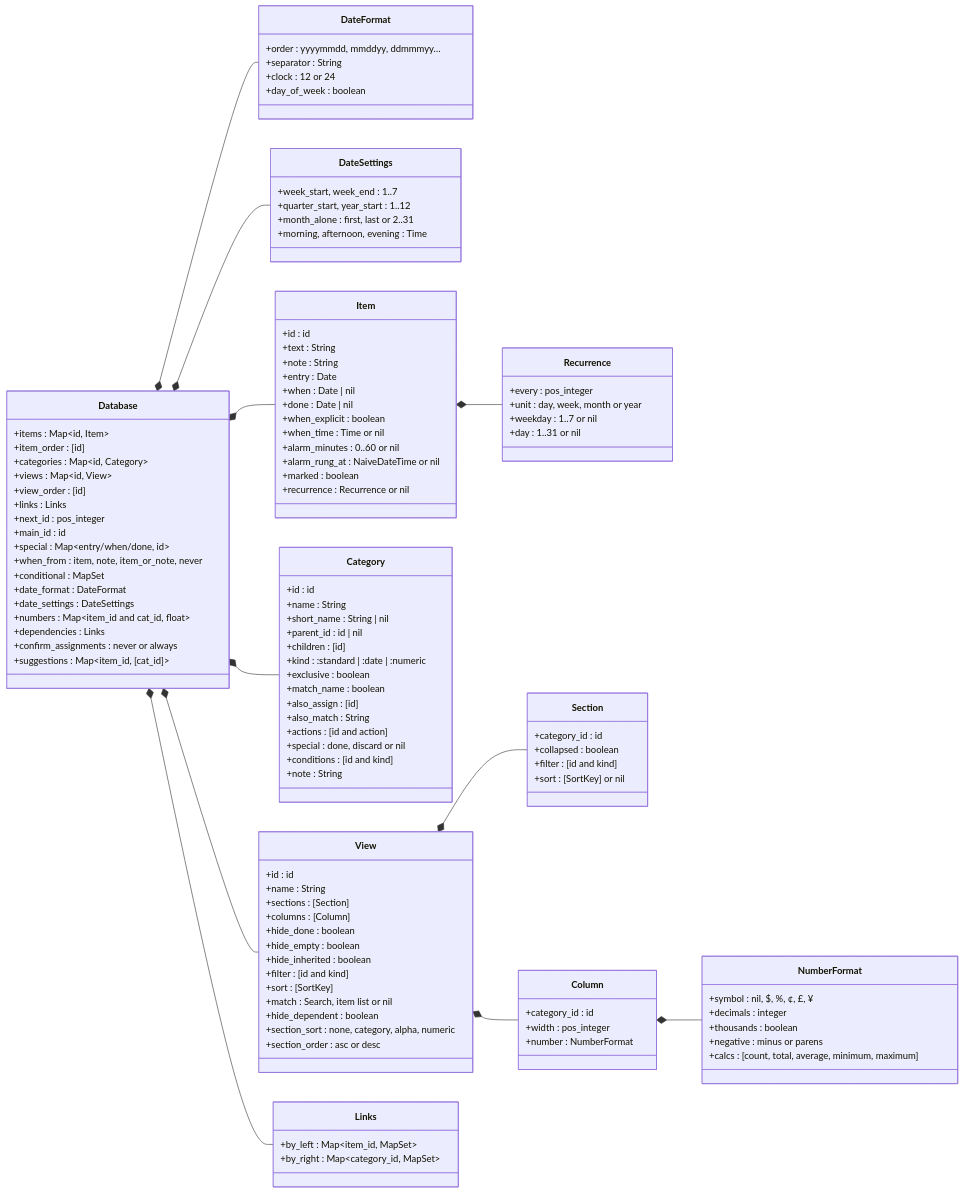
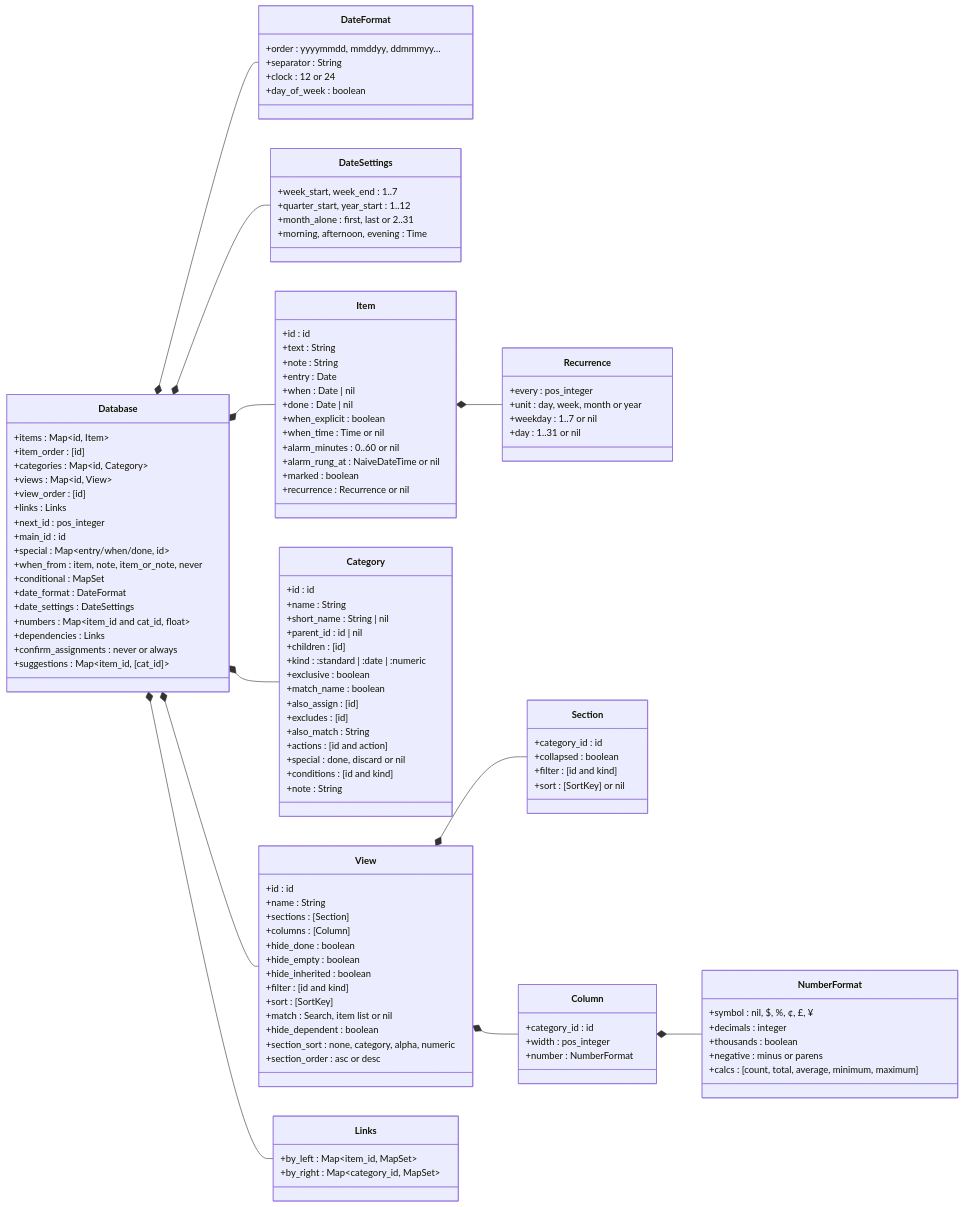
The second of 6 diagrams in docs/DATA_MODEL.md (jamting/agendum), drawn with Mermaid before and after one commit. The commit also changed other lines of this file and 12 other files, not shown here.

```diff
--- a/docs/DATA_MODEL.md
+++ b/docs/DATA_MODEL.md
@@ -168,6 +170,7 @@
         +exclusive : boolean
         +match_name : boolean
         +also_assign : [id]
+        +excludes : [id]
         +also_match : String
         +actions : [id and action]
         +special : done, discard or nil
```
